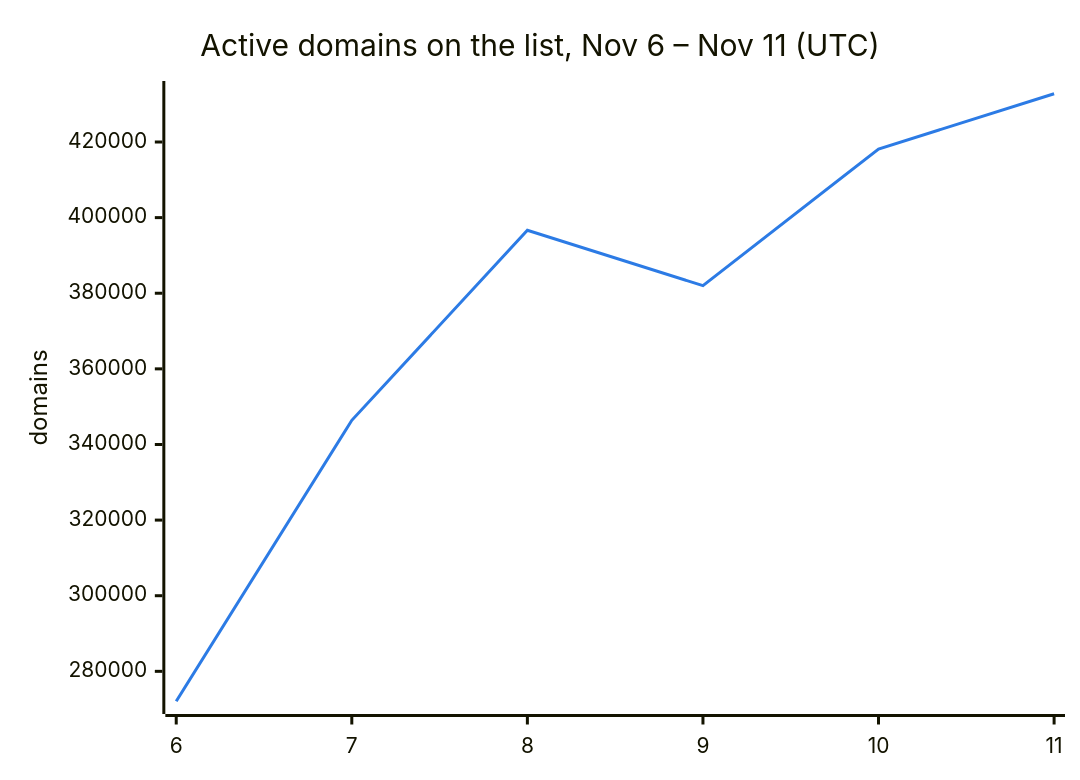
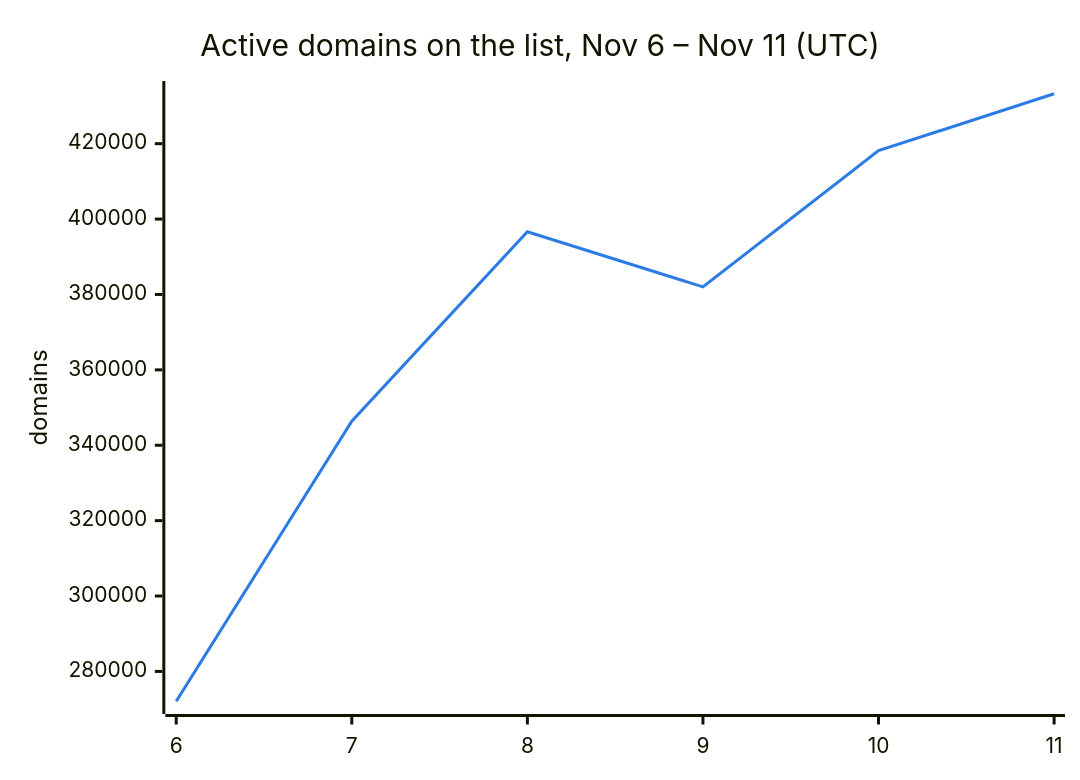
Before and after one commit to DNSBunker/CTI: the second of 3 diagrams in README.md, drawn with Mermaid. The commit also changed other lines of this file and 3 other files, not shown here.

````diff
--- a/README.md
+++ b/README.md
@@ -38,8 +38,8 @@
 ```mermaid
 %%{init: {"themeVariables": {"xyChart": {"plotColorPalette": "#2c7be5"}}}}%%
 xychart-beta
     title "Active domains on the list, Nov 6 – Nov 11 (UTC)"
     x-axis ["6", "7", "8", "9", "10", "11"]
     y-axis "domains"
-    line [272088, 346388, 396638, 382009, 418143, 432762]
+    line [272088, 346388, 396638, 382009, 418143, 433245]
 ```
````
